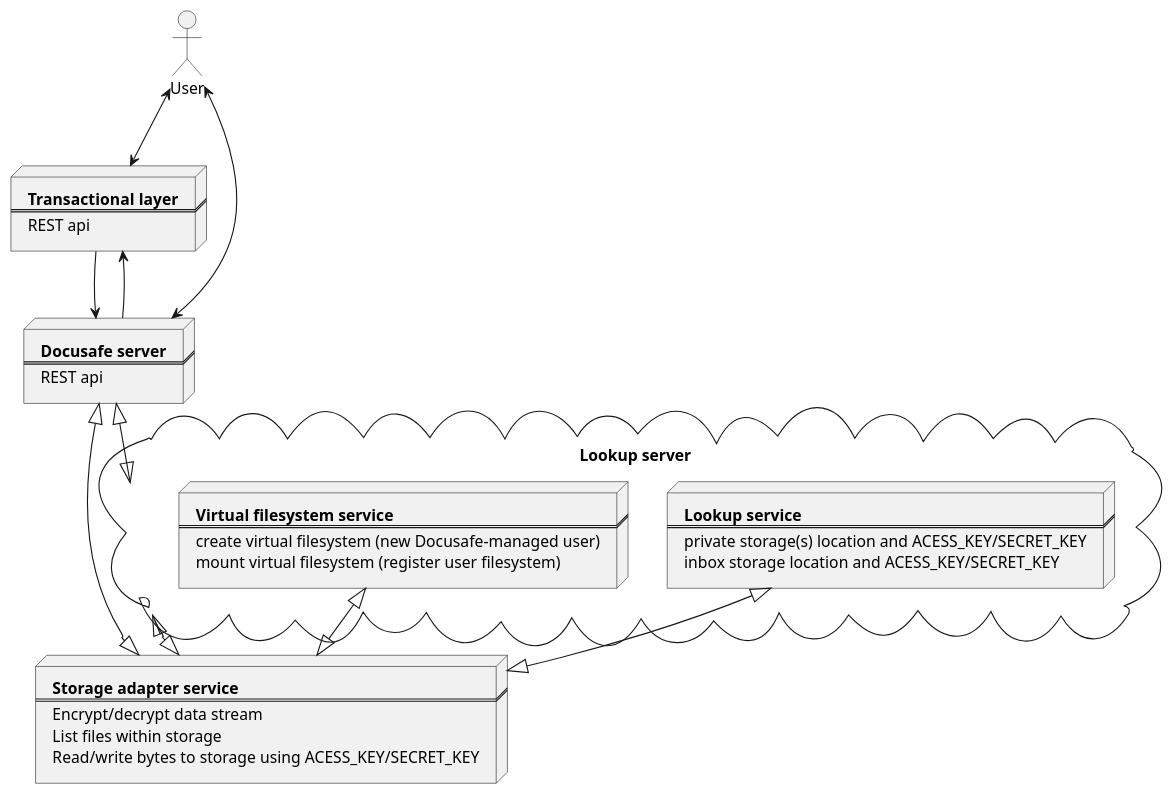
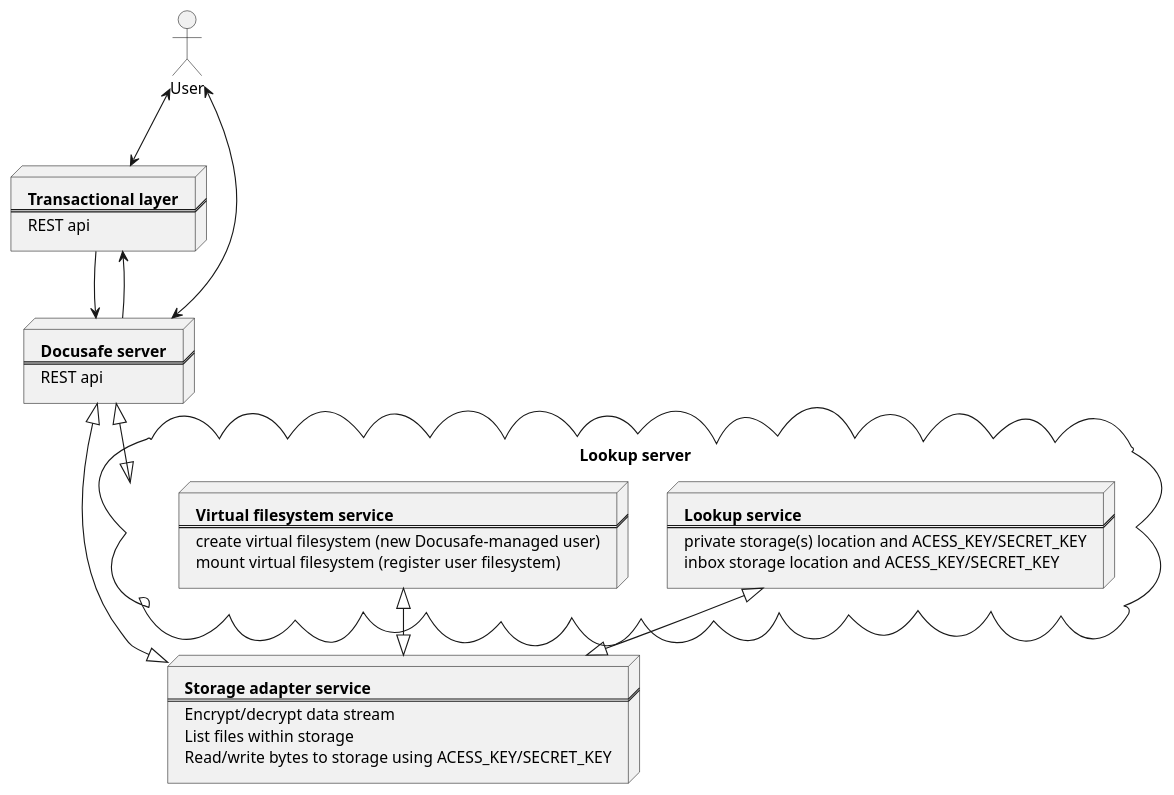
Before and after one commit to adorsys/datasafe: the diagram in docs/diagrams/top_level.puml, drawn with PlantUML. The commit also changed 1 other file, not shown here.

Commit message:
Architectural links updated

```diff
--- a/docs/diagrams/top_level.puml
+++ b/docs/diagrams/top_level.puml
@@ -1,50 +1,49 @@
 @startuml
 
 actor User
 
 node ts [
   **Transactional layer**
   ===
   REST api
 ]
 
 node ds [
   **Docusafe server**
   ===
   REST api
 ]
 
 cloud "Lookup server" as LS {
   node ls [
     **Lookup service**
     ===
     private storage(s) location and ACESS_KEY/SECRET_KEY
     inbox storage location and ACESS_KEY/SECRET_KEY
   ]
   node vfs [
     **Virtual filesystem service**
     ===
     create virtual filesystem (new Docusafe-managed user)
     mount virtual filesystem (register user filesystem)
   ]
 }
 
 node sas [
   **Storage adapter service**
   ===
   Encrypt/decrypt data stream
   List files within storage
   Read/write bytes to storage using ACESS_KEY/SECRET_KEY
 ]
 
 User <-down-> ts
 User <-down-> ds
 
 ts -down-> ds
 ds -down-> ts
 ds <|-down-|> LS
 ds <|--|> sas
-LS <|--|> sas
 ls <|--|> sas
 vfs <|--|> sas
 @enduml
```
